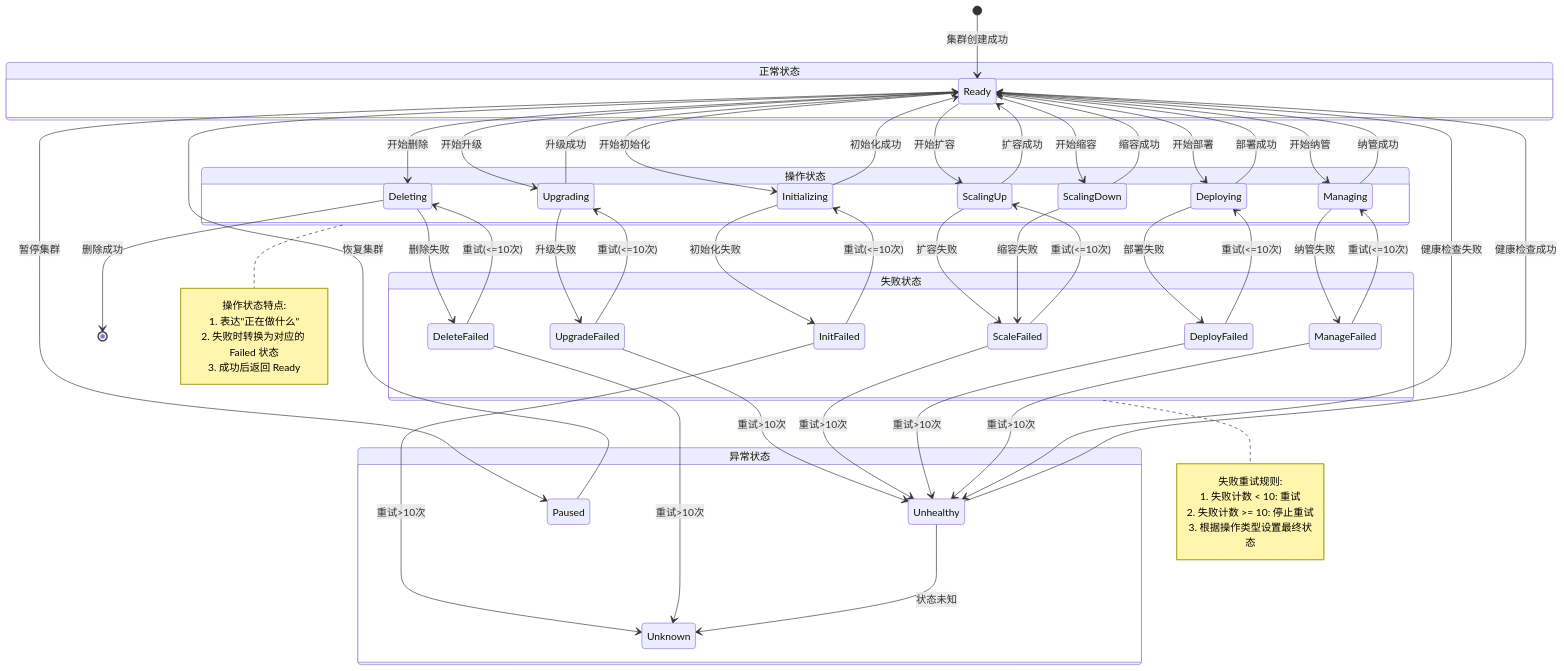
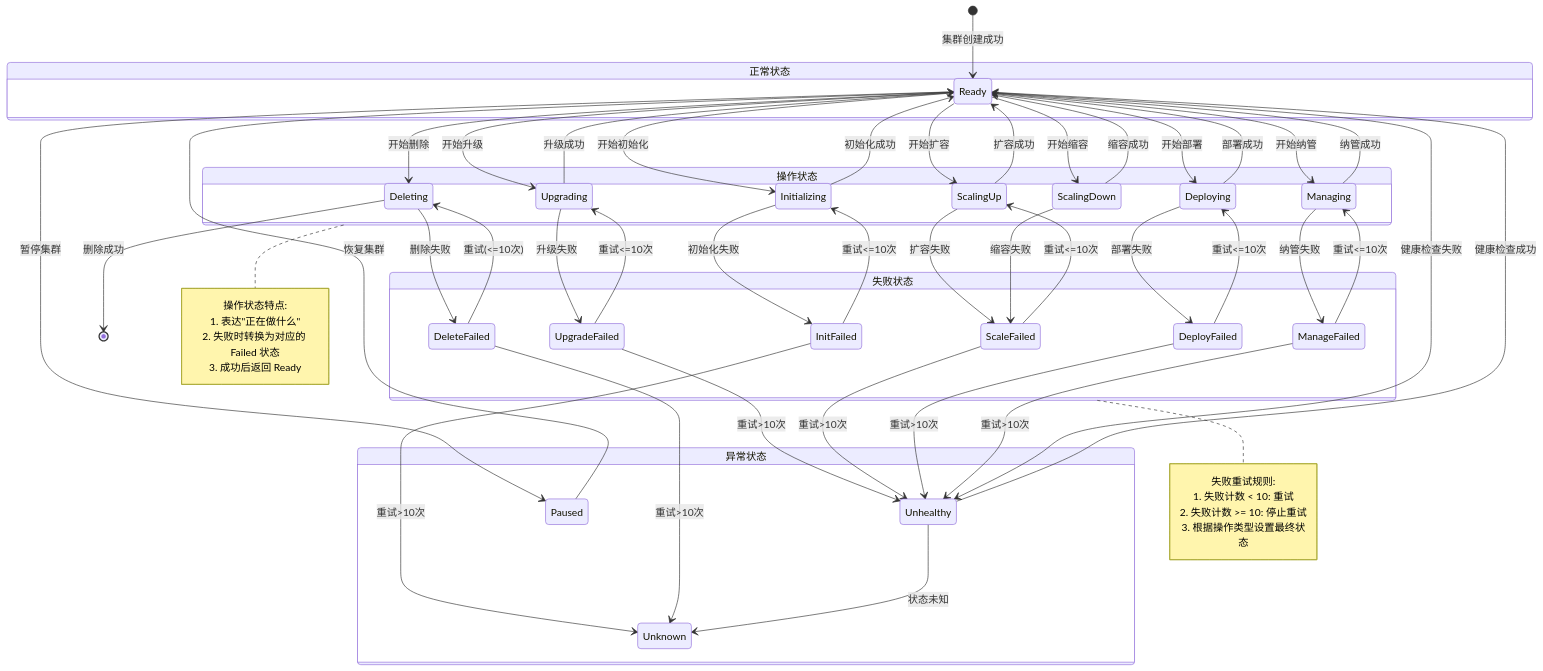
Before and after one commit to javadoors/cluster-api-provider-bke: the diagram in code/exception/状态机重构.md, drawn with Mermaid.

```diff
--- a/code/exception/状态机重构.md
+++ b/code/exception/状态机重构.md
@@ -358,19 +358,19 @@
     Ready --> Initializing: 开始初始化
     Initializing --> Ready: 初始化成功
     Initializing --> InitFailed: 初始化失败
-    InitFailed --> Initializing: 重试(<=10次)
+    InitFailed --> Initializing: 重试<=10次
     InitFailed --> Unknown: 重试>10次
     
     Ready --> Upgrading: 开始升级
     Upgrading --> Ready: 升级成功
     Upgrading --> UpgradeFailed: 升级失败
-    UpgradeFailed --> Upgrading: 重试(<=10次)
+    UpgradeFailed --> Upgrading: 重试<=10次
     UpgradeFailed --> Unhealthy: 重试>10次
     
     Ready --> ScalingUp: 开始扩容
     ScalingUp --> Ready: 扩容成功
     ScalingUp --> ScaleFailed: 扩容失败
-    ScaleFailed --> ScalingUp: 重试(<=10次)
+    ScaleFailed --> ScalingUp: 重试<=10次
     ScaleFailed --> Unhealthy: 重试>10次
     
     Ready --> ScalingDown: 开始缩容
@@ -380,13 +380,13 @@
     Ready --> Deploying: 开始部署
     Deploying --> Ready: 部署成功
     Deploying --> DeployFailed: 部署失败
-    DeployFailed --> Deploying: 重试(<=10次)
+    DeployFailed --> Deploying: 重试<=10次
     DeployFailed --> Unhealthy: 重试>10次
     
     Ready --> Managing: 开始纳管
     Managing --> Ready: 纳管成功
     Managing --> ManageFailed: 纳管失败
-    ManageFailed --> Managing: 重试(<=10次)
+    ManageFailed --> Managing: 重试<=10次
     ManageFailed --> Unhealthy: 重试>10次
     
     Ready --> Deleting: 开始删除
```
